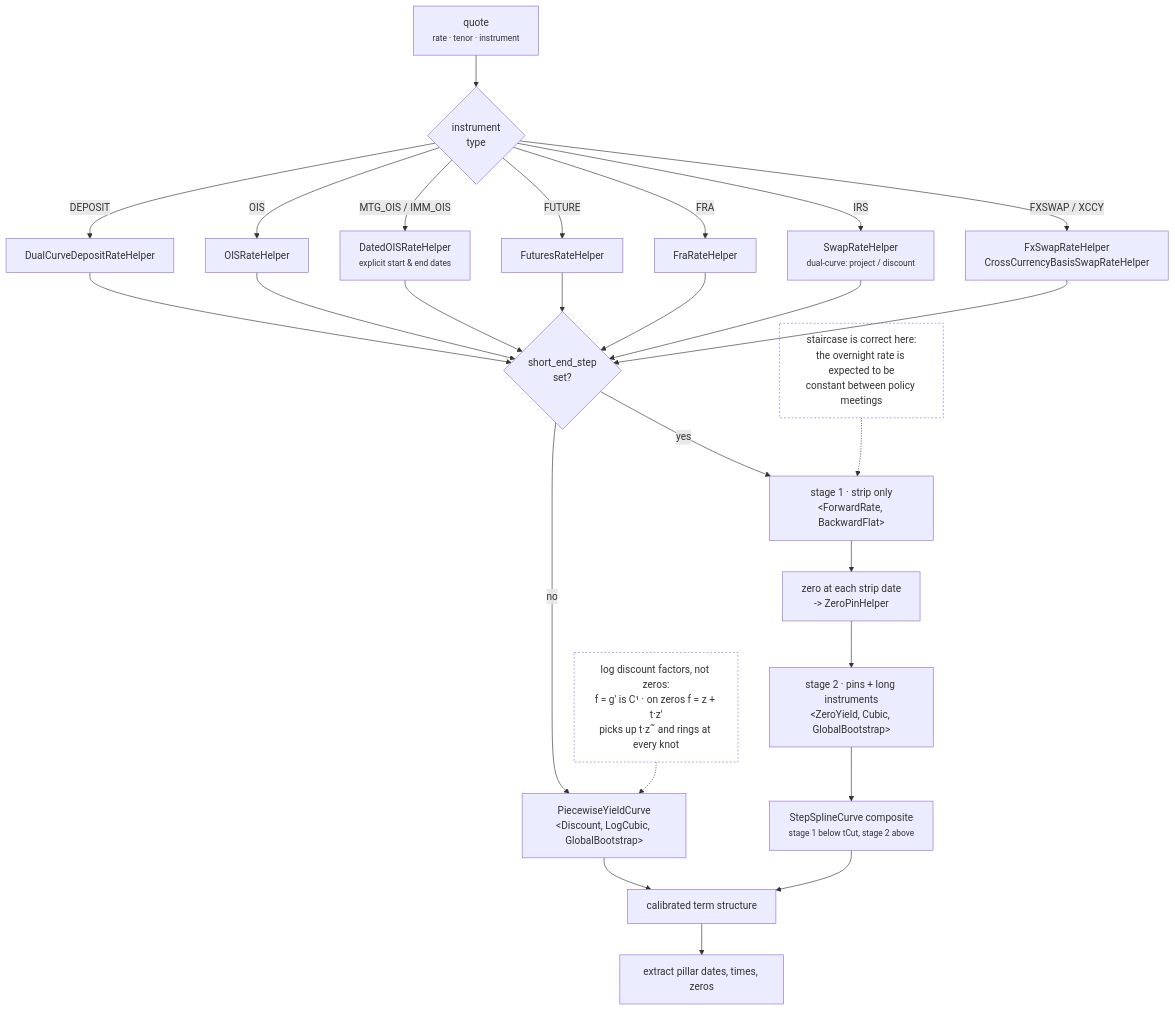
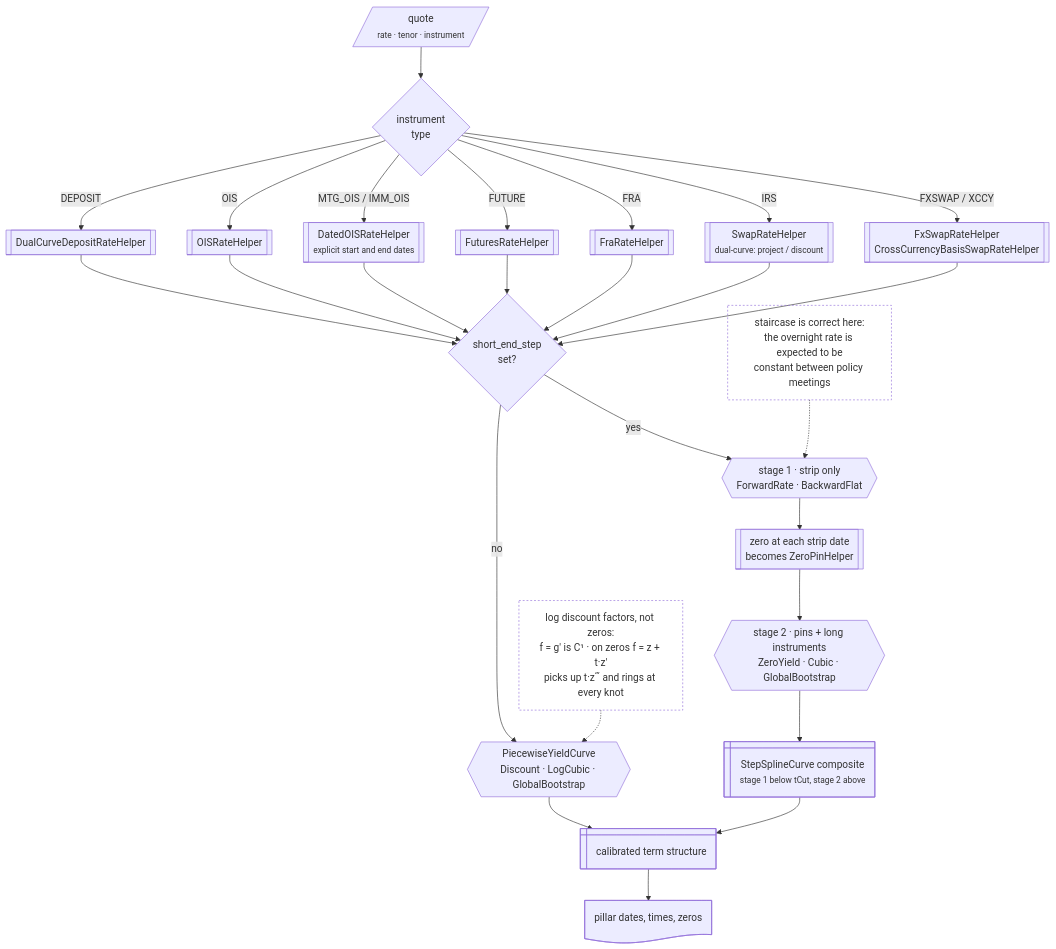
Before and after one commit to jrwglover/portfolio: the diagram in src/components/dashboards/curve_model/diagrams/construction.mmd, drawn with Mermaid. The commit also changed 6 other files, not shown here.

First line of the commit message:
Give the diagrams a real shape vocabulary and a deployment boundary

```diff
--- a/src/components/dashboards/curve_model/diagrams/construction.mmd
+++ b/src/components/dashboards/curve_model/diagrams/construction.mmd
@@ -1,29 +1,31 @@
-%% Per-curve construction: the decisions the builder makes and why each branch exists.
+%% Per-curve construction. Shape carries meaning: lean-r is input, subproc a
+%% QuantLib object, hex a solve, win-pane an in-memory curve, doc an output,
+%% diamond a branch. Dashed notes say why a branch exists at all.
 flowchart TB
-  Q["quote<br/><small>rate · tenor · instrument</small>"] --> T{"instrument<br/>type"}
-  T -->|DEPOSIT| H1["DualCurveDepositRateHelper"]
-  T -->|OIS| H2["OISRateHelper"]
-  T -->|MTG_OIS / IMM_OIS| H3["DatedOISRateHelper<br/><small>explicit start &amp; end dates</small>"]
-  T -->|FUTURE| H4["FuturesRateHelper"]
-  T -->|FRA| H5["FraRateHelper"]
-  T -->|IRS| H6["SwapRateHelper<br/><small>dual-curve: project / discount</small>"]
-  T -->|FXSWAP / XCCY| H7["FxSwapRateHelper<br/>CrossCurrencyBasisSwapRateHelper"]
+  Q@{ shape: lean-r, label: "quote<br/><small>rate · tenor · instrument</small>" } --> T{"instrument<br/>type"}
+  T -->|DEPOSIT| H1@{ shape: subproc, label: "DualCurveDepositRateHelper" }
+  T -->|OIS| H2@{ shape: subproc, label: "OISRateHelper" }
+  T -->|MTG_OIS / IMM_OIS| H3@{ shape: subproc, label: "DatedOISRateHelper<br/><small>explicit start and end dates</small>" }
+  T -->|FUTURE| H4@{ shape: subproc, label: "FuturesRateHelper" }
+  T -->|FRA| H5@{ shape: subproc, label: "FraRateHelper" }
+  T -->|IRS| H6@{ shape: subproc, label: "SwapRateHelper<br/><small>dual-curve: project / discount</small>" }
+  T -->|FXSWAP / XCCY| H7@{ shape: subproc, label: "FxSwapRateHelper<br/>CrossCurrencyBasisSwapRateHelper" }
 
   H1 & H2 & H3 & H4 & H5 & H6 & H7 --> S{"short_end_step<br/>set?"}
 
-  S -->|no| G["PiecewiseYieldCurve<br/>&lt;Discount, LogCubic, GlobalBootstrap&gt;"]
+  S -->|no| G@{ shape: hex, label: "PiecewiseYieldCurve<br/>Discount · LogCubic · GlobalBootstrap" }
 
-  S -->|yes| A1["stage 1 · strip only<br/>&lt;ForwardRate, BackwardFlat&gt;"]
-  A1 --> A2["zero at each strip date<br/>-> ZeroPinHelper"]
-  A2 --> A3["stage 2 · pins + long instruments<br/>&lt;ZeroYield, Cubic, GlobalBootstrap&gt;"]
-  A3 --> A4["StepSplineCurve composite<br/><small>stage 1 below tCut, stage 2 above</small>"]
+  S -->|yes| A1@{ shape: hex, label: "stage 1 · strip only<br/>ForwardRate · BackwardFlat" }
+  A1 --> A2@{ shape: subproc, label: "zero at each strip date<br/>becomes ZeroPinHelper" }
+  A2 --> A3@{ shape: hex, label: "stage 2 · pins + long instruments<br/>ZeroYield · Cubic · GlobalBootstrap" }
+  A3 --> A4@{ shape: win-pane, label: "StepSplineCurve composite<br/><small>stage 1 below tCut, stage 2 above</small>" }
 
-  G --> C["calibrated term structure"]
+  G --> C@{ shape: win-pane, label: "calibrated term structure" }
   A4 --> C
-  C --> X["extract pillar dates, times, zeros"]
+  C --> X@{ shape: doc, label: "pillar dates, times, zeros" }
 
   N1["staircase is correct here:<br/>the overnight rate is expected to be<br/>constant between policy meetings"] -.-> A1
   N2["log discount factors, not zeros:<br/>f = g′ is C¹ · on zeros f = z + t·z′<br/>picks up t·z‴ and rings at every knot"] -.-> G
 
   classDef note fill:none,stroke-dasharray:3 3
   class N1,N2 note
```
